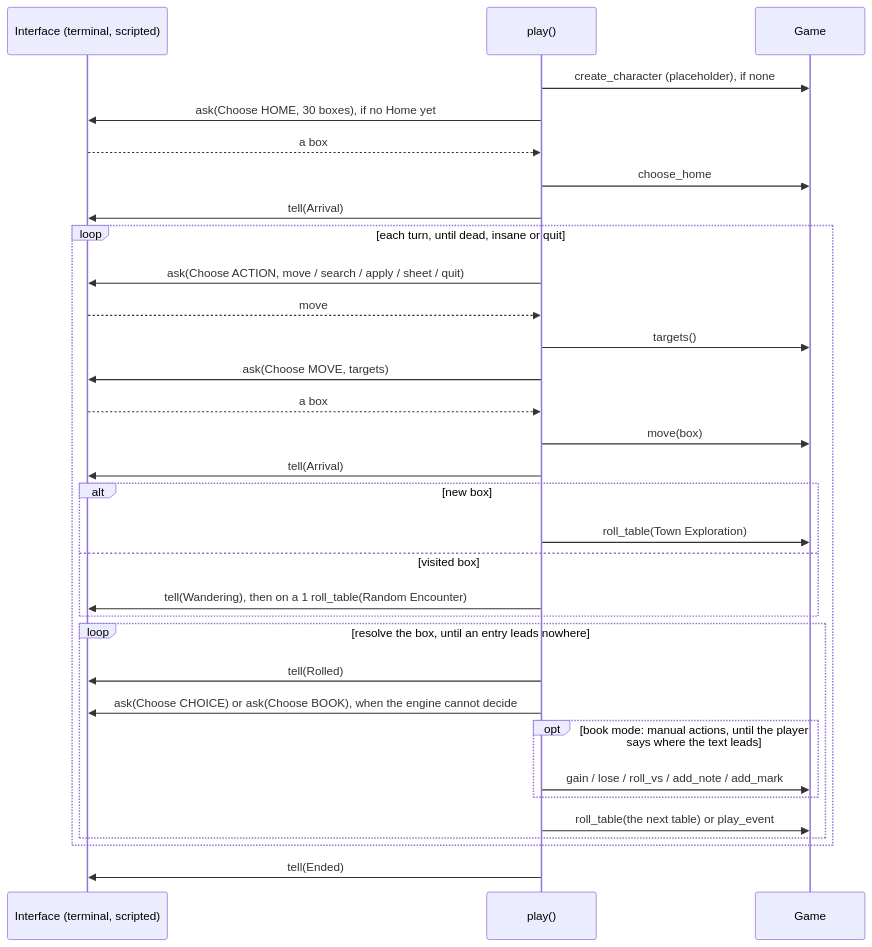
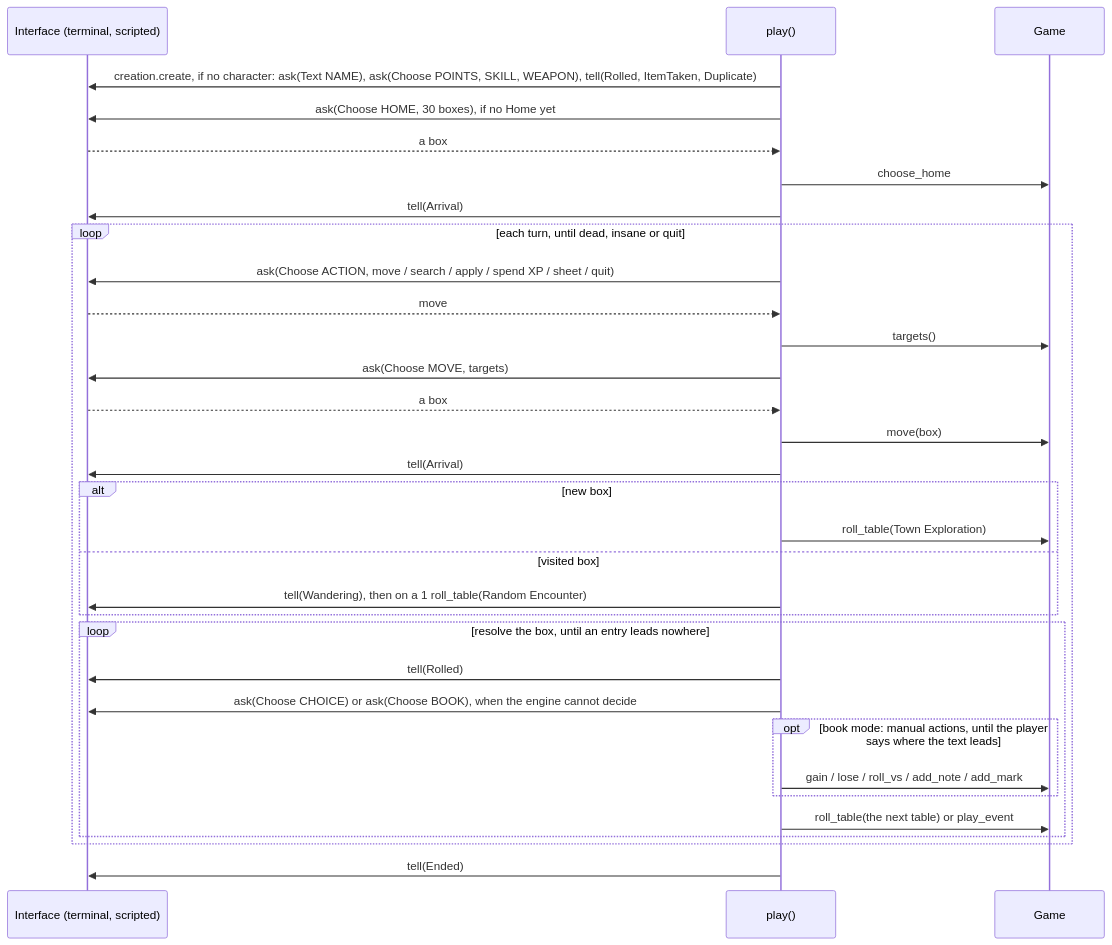
One commit to NathanChalot/AloneVsFEear changed the third of 6 diagrams in docs/architecture.md. Above: the diagram before and after it, drawn with Mermaid. The commit also changed other lines of this file and 37 other files, not shown here.

First line of the commit message:
E6: Character and creation (#22)

````diff
--- a/docs/architecture.md
+++ b/docs/architecture.md
@@ -90,34 +92,34 @@
 ```mermaid
 sequenceDiagram
     participant UI as Interface (terminal, scripted)
     participant P as play()
     participant Game
-    P->>Game: create_character (placeholder), if none
+    P->>UI: creation.create, if no character: ask(Text NAME), ask(Choose POINTS, SKILL, WEAPON), tell(Rolled, ItemTaken, Duplicate)
     P->>UI: ask(Choose HOME, 30 boxes), if no Home yet
     UI-->>P: a box
     P->>Game: choose_home
     P->>UI: tell(Arrival)
     loop each turn, until dead, insane or quit
-        P->>UI: ask(Choose ACTION, move / search / apply / sheet / quit)
+        P->>UI: ask(Choose ACTION, move / search / apply / spend XP / sheet / quit)
         UI-->>P: move
         P->>Game: targets()
         P->>UI: ask(Choose MOVE, targets)
         UI-->>P: a box
         P->>Game: move(box)
         P->>UI: tell(Arrival)
         alt new box
             P->>Game: roll_table(Town Exploration)
         else visited box
             P->>UI: tell(Wandering), then on a 1 roll_table(Random Encounter)
         end
         loop resolve the box, until an entry leads nowhere
             P->>UI: tell(Rolled)
             P->>UI: ask(Choose CHOICE) or ask(Choose BOOK), when the engine cannot decide
             opt book mode: manual actions, until the player says where the text leads
                 P->>Game: gain / lose / roll_vs / add_note / add_mark
             end
             P->>Game: roll_table(the next table) or play_event
         end
     end
     P->>UI: tell(Ended)
 ```
````
